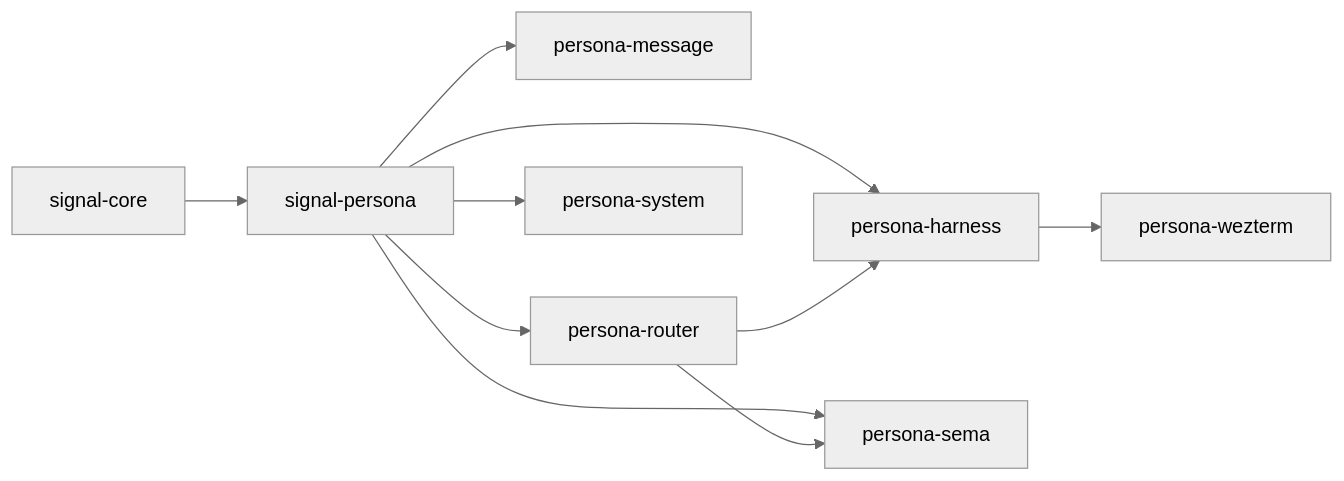
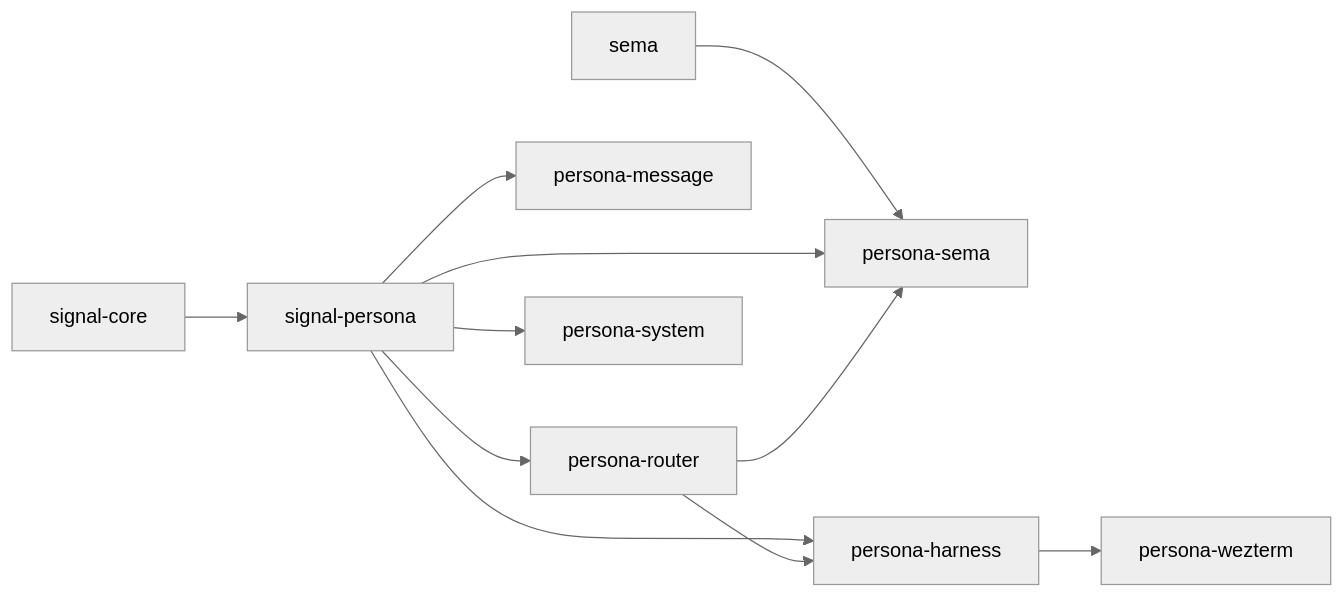
One commit to LiGoldragon/primary changed diagram 11 of 12 in reports/operator/67-signal-actor-messaging-gap-audit.md. Above: the diagram before and after it, drawn with Mermaid (neutral theme). The commit also changed other lines of this file, not shown here.

Commit message:
integrate sema state audit into messaging report

````diff
--- a/reports/operator/67-signal-actor-messaging-gap-audit.md
+++ b/reports/operator/67-signal-actor-messaging-gap-audit.md
@@ -532,12 +706,13 @@
 ```mermaid
 flowchart LR
     signal_core["signal-core"] --> signal_persona["signal-persona"]
+    sema_kernel["sema"] --> persona_sema["persona-sema"]
     signal_persona --> persona_message["persona-message"]
     signal_persona --> persona_router["persona-router"]
     signal_persona --> persona_system["persona-system"]
     signal_persona --> persona_harness["persona-harness"]
     signal_persona --> persona_sema["persona-sema"]
     persona_router --> persona_harness
     persona_router --> persona_sema
     persona_harness --> persona_wezterm["persona-wezterm"]
 ```
````
